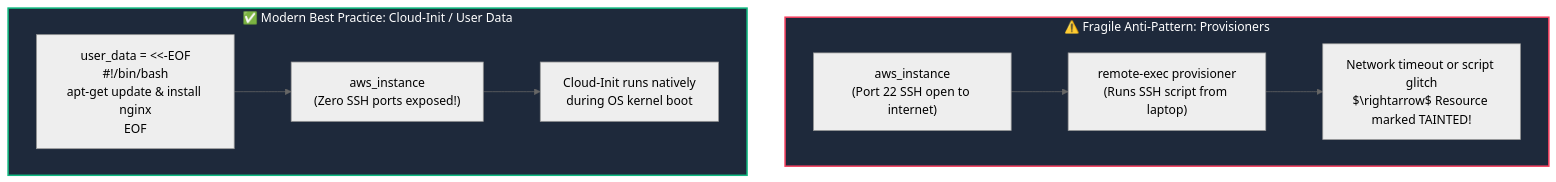
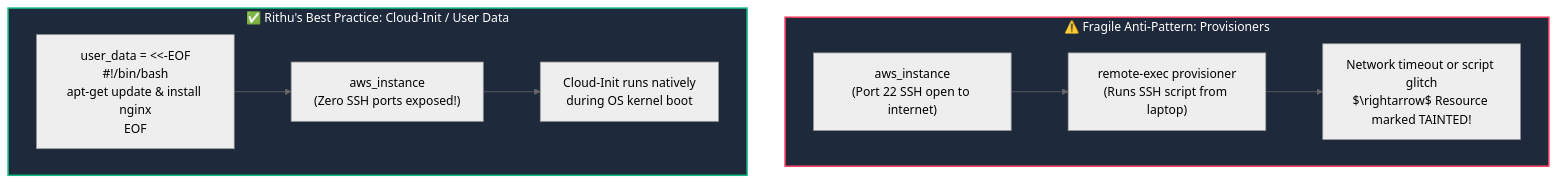
One commit to agravi987/Learning-Terraform-For-DevOps changed the diagram in 15-provisioners-and-cloud-init/README.md. Above: the diagram before and after it, drawn with Mermaid (neutral theme). The commit also changed other lines of this file and 18 other files, not shown here.

````diff
--- a/15-provisioners-and-cloud-init/README.md
+++ b/15-provisioners-and-cloud-init/README.md
@@ -23,21 +27,21 @@
 ```mermaid
 flowchart TD
     subgraph AntiPattern ["⚠️ Fragile Anti-Pattern: Provisioners"]
         PROV_EC2["aws_instance\n(Port 22 SSH open to internet)"]
         REMOTE["remote-exec provisioner\n(Runs SSH script from laptop)"]
         FAIL["Network timeout or script glitch\n$\rightarrow$ Resource marked TAINTED!"]
         
         PROV_EC2 --> REMOTE --> FAIL
     end
 
-    subgraph BestPractice ["✅ Modern Best Practice: Cloud-Init / User Data"]
+    subgraph BestPractice ["✅ Rithu's Best Practice: Cloud-Init / User Data"]
         USER_DATA["user_data = <<-EOF\n#!/bin/bash\napt-get update & install nginx\nEOF"]
         CLOUD_EC2["aws_instance\n(Zero SSH ports exposed!)"]
         BOOT["Cloud-Init runs natively\nduring OS kernel boot"]
 
         USER_DATA --> CLOUD_EC2 --> BOOT
     end
 
     style AntiPattern fill:#1e293b,stroke:#f43f5e,stroke-width:2px,color:#fff
     style BestPractice fill:#1e293b,stroke:#10b981,stroke-width:2px,color:#fff
 ```
````
